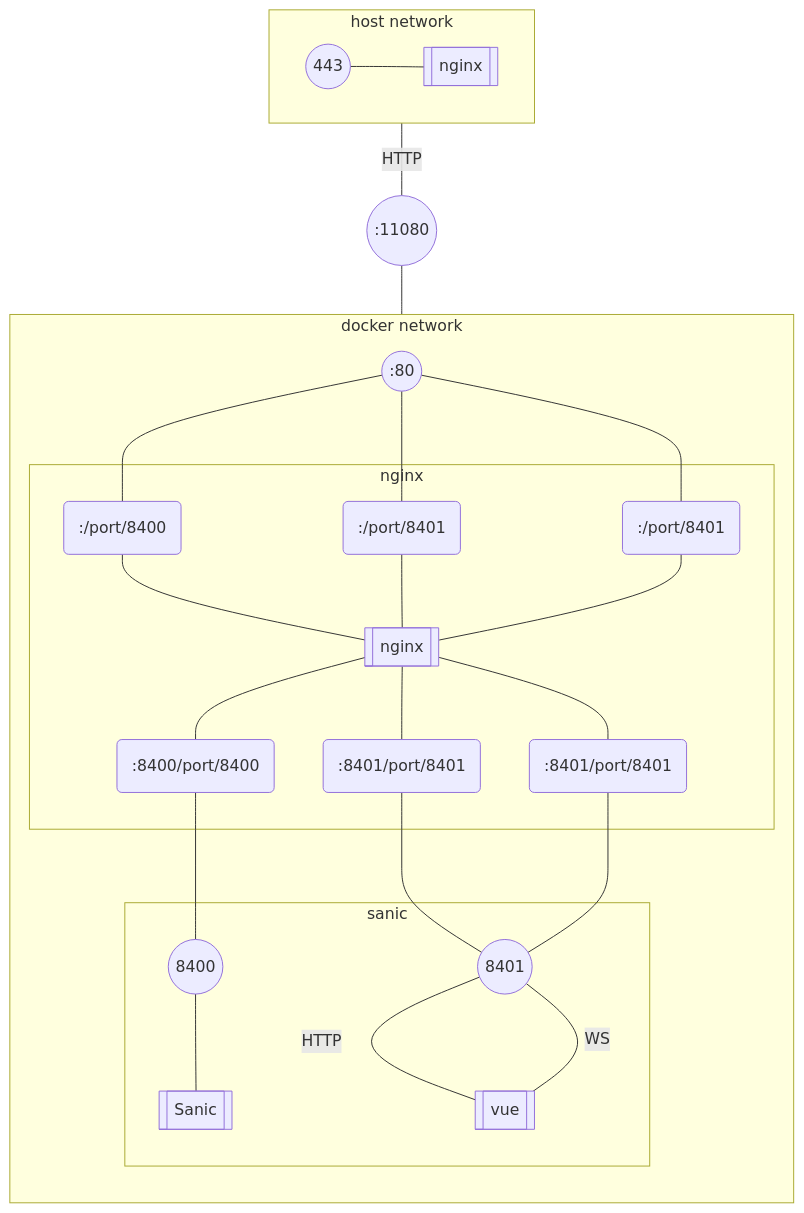
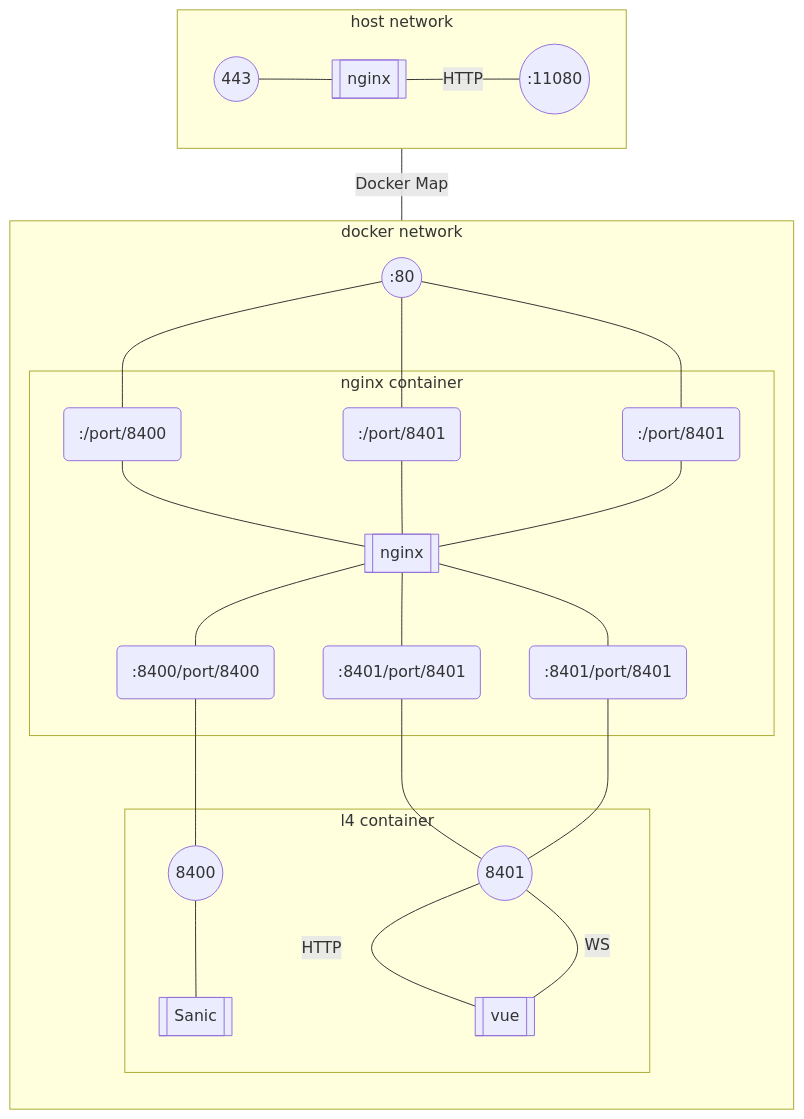
The third of 5 diagrams in natural4-server/natural4_server/nginx-proxy.md (smucclaw/gsheet), drawn with Mermaid before and after one commit.

Commit message:
Improve naming

````diff
--- a/natural4-server/natural4_server/nginx-proxy.md
+++ b/natural4-server/natural4_server/nginx-proxy.md
@@ -64,56 +64,54 @@
 ```mermaid
 flowchart TB
     subgraph host [host network]
         direction LR
         network_tls(( 443 ))
         nginx_host[[nginx]]
         network_tls---nginx_host
+        host_http_11080((:11080))
     end
 
-    host_http_11080((:11080))
+
     
     subgraph docker [docker network]
         direction TB
         docker_http_80((:80))
         http_8400(:/port/8400)
         http_8401(:/port/8401)
         ws_8401(:/port/8401)
         
         docker_http_80---http_8400
         docker_http_80---http_8401
         docker_http_80---ws_8401
 
-        subgraph nginx
+        subgraph nginx [nginx container]
             nginx_docker[[nginx]]
 
             http_8400---nginx_docker
             http_8401---nginx_docker
             ws_8401---nginx_docker
             
             loop_http_8400(:8400/port/8400)
             loop_http_8401(:8401/port/8401)
             loop_ws_8401(:8401/port/8401)
             nginx_docker---loop_http_8400
             nginx_docker---loop_http_8401
             nginx_docker---loop_ws_8401
         end
-        
-        subgraph sanic 
+
+        subgraph l4 [l4 container]
             loop_8400_port((8400))
             loop_8401_port((8401))
             loop_8400_port---sanic[[ Sanic ]]
             loop_8401_port---|HTTP|vue[[ vue ]]
             loop_8401_port---|WS|vue[[ vue ]]
         end
 
-
         loop_http_8400---loop_8400_port
         loop_http_8401---loop_8401_port
         loop_ws_8401---loop_8401_port
-
     end
 
     nginx_host---|HTTP|host_http_11080
-    host_http_11080---docker_http_80
- 
+    host_http_11080---|Docker Map|docker_http_80
 ```
````
